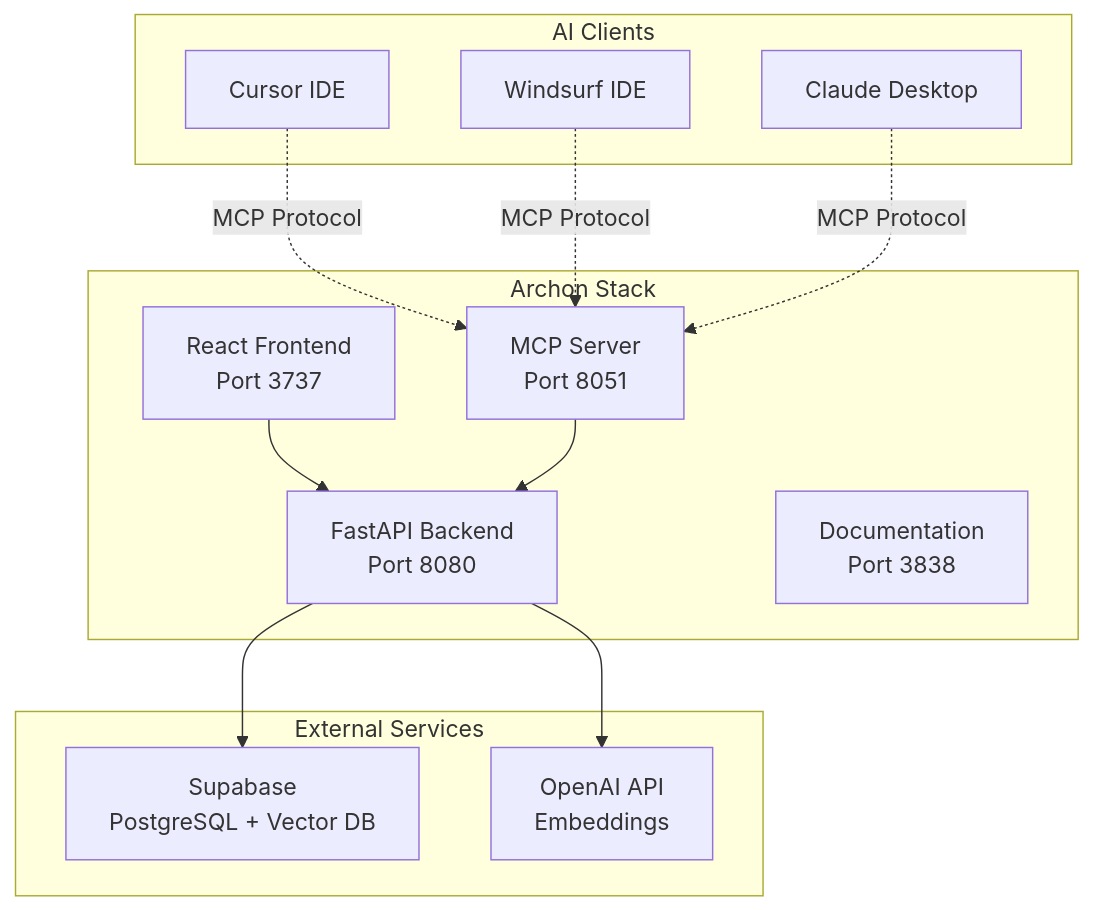
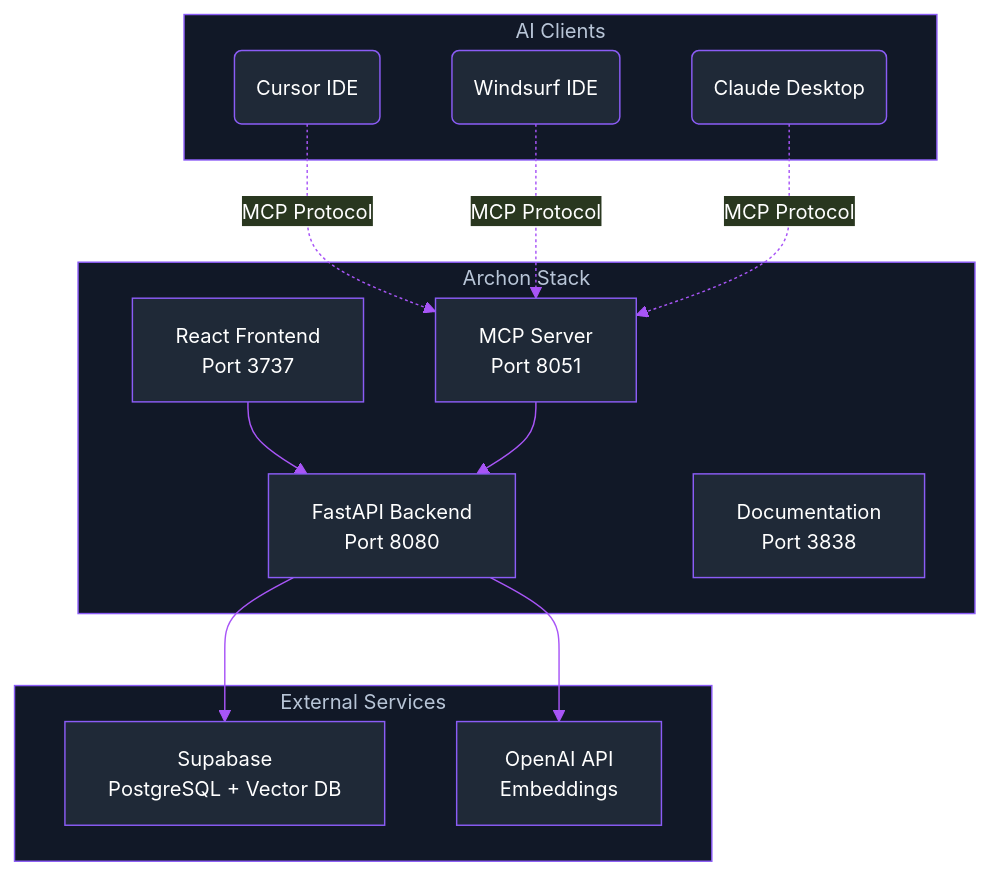
One commit to tarsonis125/mcp-crawl4ai-rag-ChromaDB-V1 changed the diagram in docs/docs/intro.mdx. Above: the diagram before and after it, drawn with Mermaid. The commit also changed 18 other files, not shown here.

````diff
--- a/docs/docs/intro.mdx
+++ b/docs/docs/intro.mdx
@@ -114,29 +114,47 @@
 ```mermaid
+%%{init:{
+  'theme':'base',
+  'themeVariables': {
+    'primaryColor':'#1f2937',
+    'primaryTextColor':'#ffffff',
+    'primaryBorderColor':'#8b5cf6',
+    'lineColor':'#a855f7',
+    'textColor':'#ffffff',
+    'fontFamily':'Inter',
+    'fontSize':'14px',
+    'background':'#000000',
+    'mainBkg':'#1f2937',
+    'secondBkg':'#111827',
+    'borderColor':'#8b5cf6',
+    'clusterBkg':'#111827',
+    'clusterBorder':'#8b5cf6'
+  }
+}}%%
 graph TB
     subgraph "AI Clients"
-        Cursor["Cursor IDE"]
-        Windsurf["Windsurf IDE"] 
-        Claude["Claude Desktop"]
+        Cursor(Cursor IDE)
+        Windsurf(Windsurf IDE)
+        Claude(Claude Desktop)
     end
     
-    subgraph "Archon Stack"
+        subgraph "Archon Stack"
         UI["React Frontend<br/>Port 3737"]
         API["FastAPI Backend<br/>Port 8080"]
         MCP["MCP Server<br/>Port 8051"]
         Docs["Documentation<br/>Port 3838"]
     end
-    
+
     subgraph "External Services"
         Supabase["Supabase<br/>PostgreSQL + Vector DB"]
         OpenAI["OpenAI API<br/>Embeddings"]
     end
     
     Cursor -.->|MCP Protocol| MCP
     Windsurf -.->|MCP Protocol| MCP
     Claude -.->|MCP Protocol| MCP
     
     UI --> API
     MCP --> API
     API --> Supabase
     API --> OpenAI
 ```
````
